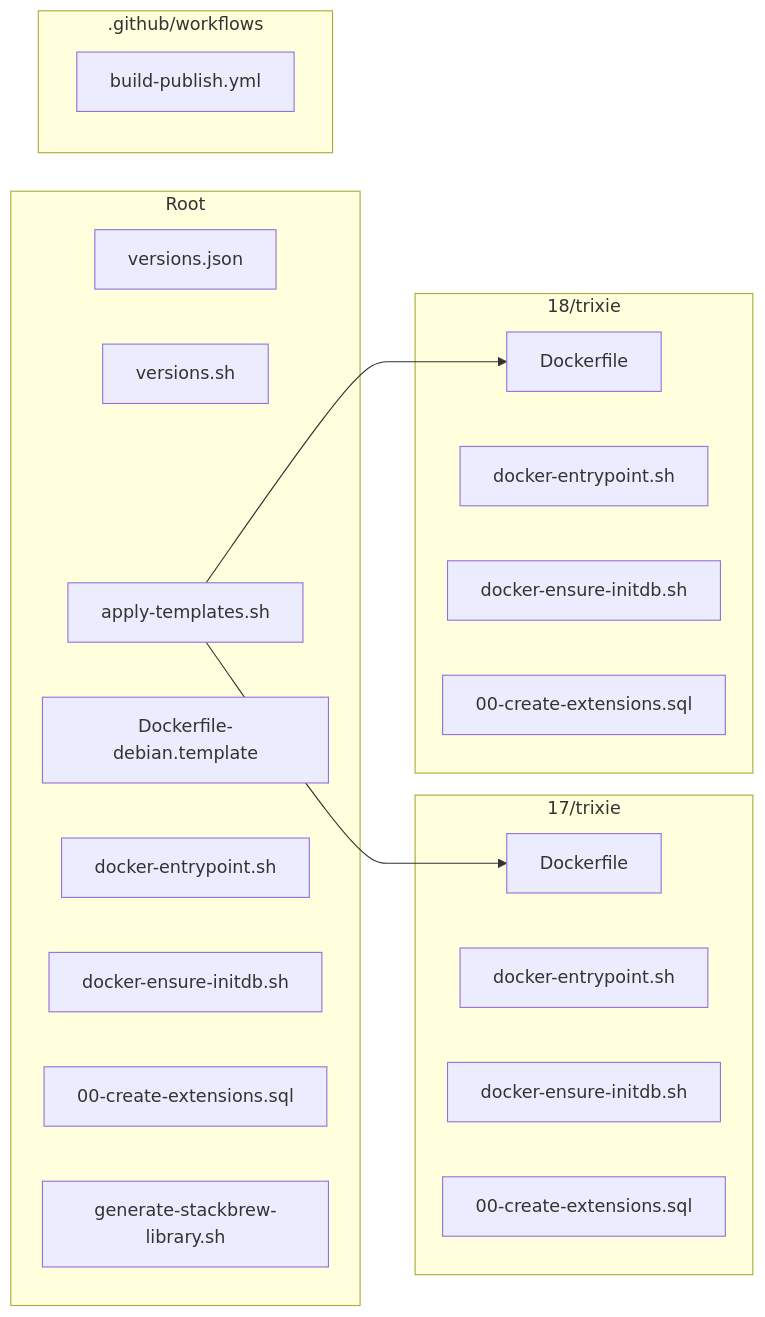
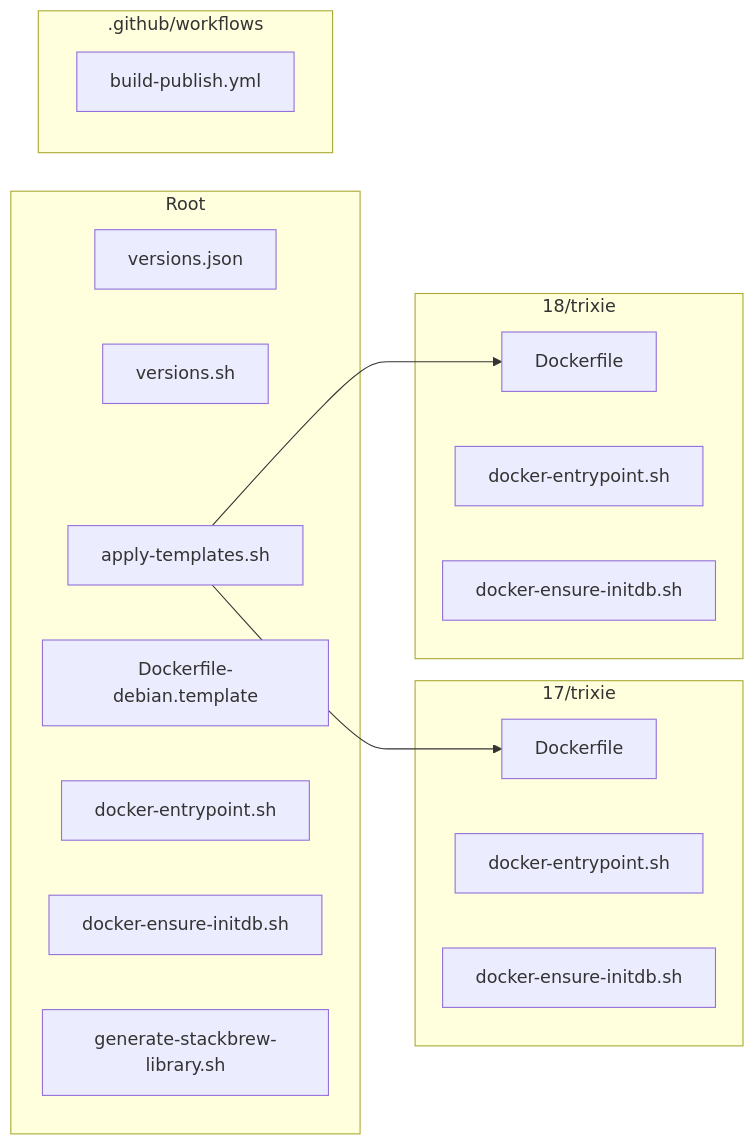
The third of 3 diagrams in README.md (mlshdev/postgres), drawn with Mermaid before and after one commit. The commit also changed other lines of this file and 7 other files, not shown here.

Commit message:
Remove auto-creation of extensions, leave them available for user to create

````diff
--- a/README.md
+++ b/README.md
@@ -208,34 +235,31 @@
 ```mermaid
 graph LR
     subgraph "Root"
         A[versions.json]
         B[versions.sh]
         C[apply-templates.sh]
         D[Dockerfile-debian.template]
         E[docker-entrypoint.sh]
         F[docker-ensure-initdb.sh]
-        G[00-create-extensions.sql]
         H[generate-stackbrew-library.sh]
     end
     
     subgraph "17/trixie"
         I[Dockerfile]
         J[docker-entrypoint.sh]
         K[docker-ensure-initdb.sh]
-        L[00-create-extensions.sql]
     end
     
     subgraph "18/trixie"
         M[Dockerfile]
         N[docker-entrypoint.sh]
         O[docker-ensure-initdb.sh]
-        P[00-create-extensions.sql]
     end
     
     subgraph ".github/workflows"
         Q[build-publish.yml]
     end
     
     C --> I
     C --> M
 ```
````
